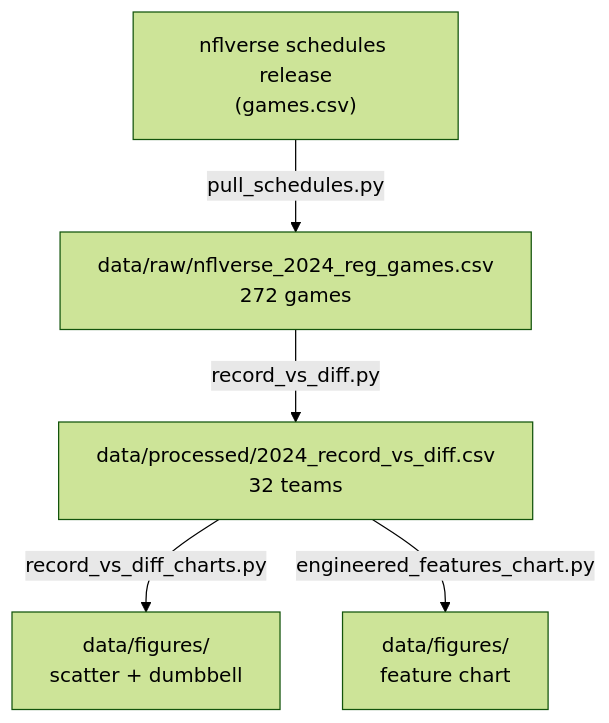
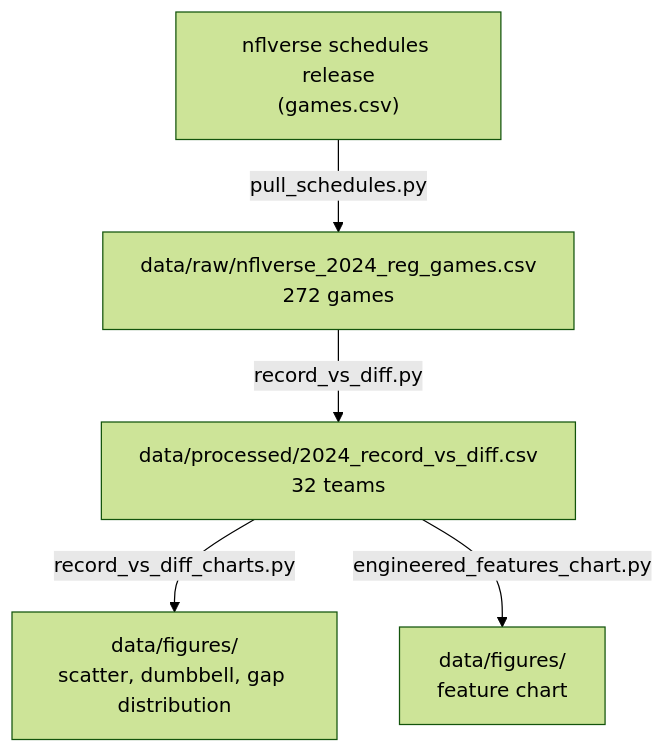
The diagram in docs/index.md (jconnors23/510-m1-nfl-data-storytelling), drawn with Mermaid (forest theme) before and after one commit. The commit also changed other lines of this file and 11 other files, not shown here.

````diff
--- a/docs/index.md
+++ b/docs/index.md
@@ -22,7 +26,7 @@
 ```mermaid
 flowchart TD
   rel["nflverse schedules release<br/>(games.csv)"] -->|pull_schedules.py| games["data/raw/nflverse_2024_reg_games.csv<br/>272 games"]
   games -->|record_vs_diff.py| table["data/processed/2024_record_vs_diff.csv<br/>32 teams"]
-  table -->|record_vs_diff_charts.py| charts["data/figures/<br/>scatter + dumbbell"]
+  table -->|record_vs_diff_charts.py| charts["data/figures/<br/>scatter, dumbbell, gap distribution"]
   table -->|engineered_features_chart.py| feat["data/figures/<br/>feature chart"]
 ```
````
